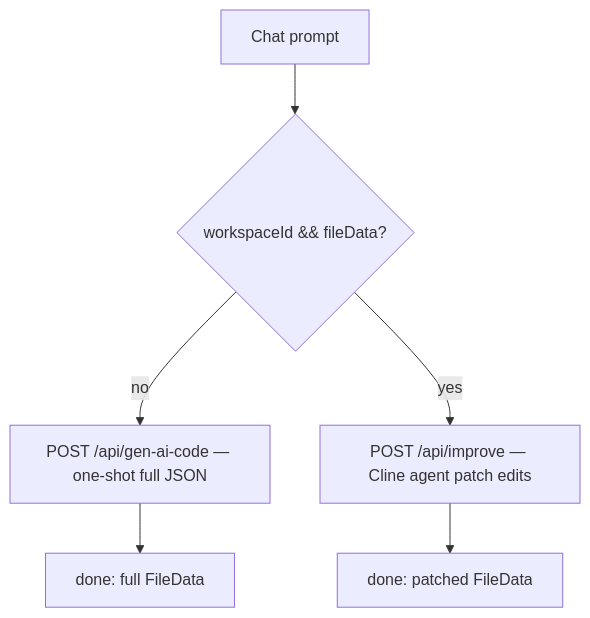
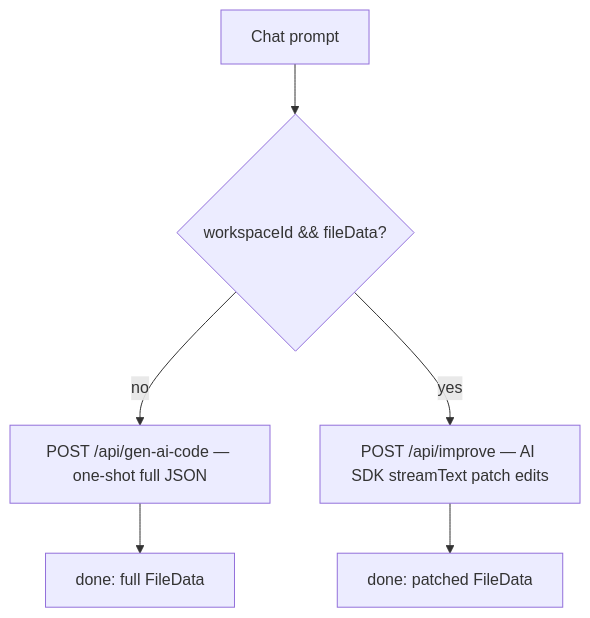
One commit to prakash8264/Drevo changed the diagram in docs/08-ai-agent-deep-dive.md. Above: the diagram before and after it, drawn with Mermaid. The commit also changed other lines of this file and 15 other files, not shown here.

````diff
--- a/docs/08-ai-agent-deep-dive.md
+++ b/docs/08-ai-agent-deep-dive.md
@@ -9,8 +9,8 @@
 ```mermaid
 flowchart TD
   P[Chat prompt] --> R{workspaceId && fileData?}
   R-- no --> G[POST /api/gen-ai-code — one-shot full JSON]
-  R-- yes --> I[POST /api/improve — Cline agent patch edits]
+  R-- yes --> I[POST /api/improve — AI SDK streamText patch edits]
   G --> D1[done: full FileData]
   I --> D2[done: patched FileData]
 ```
````
